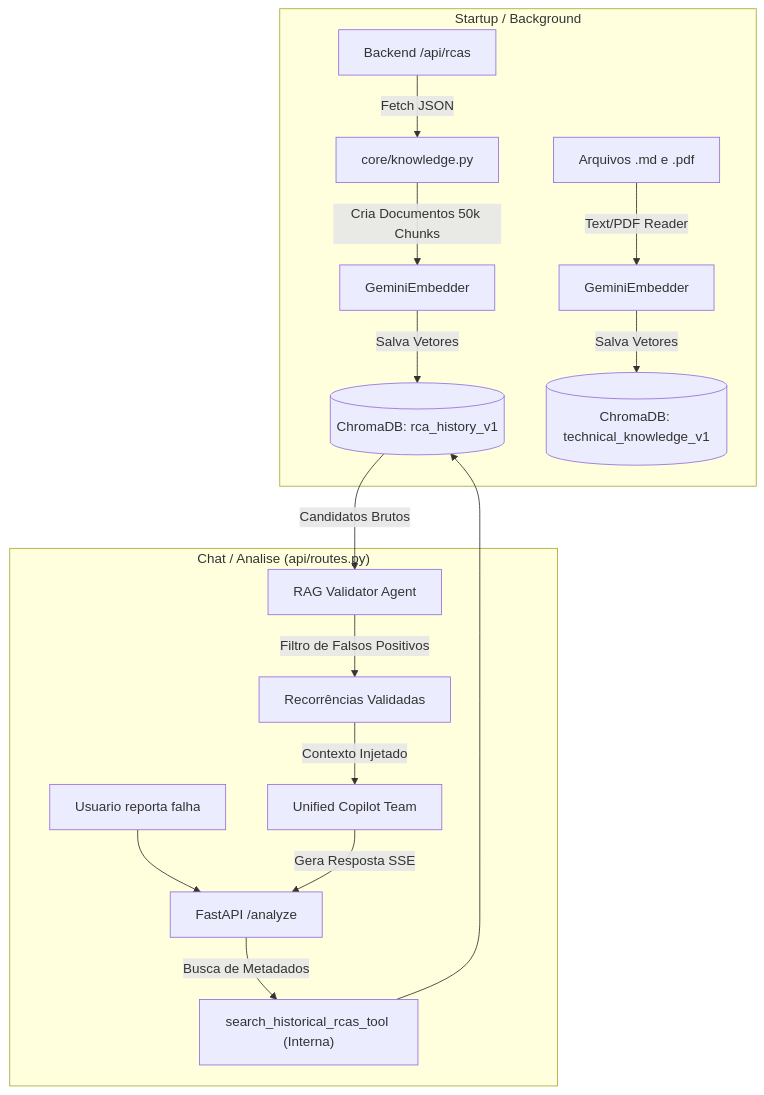
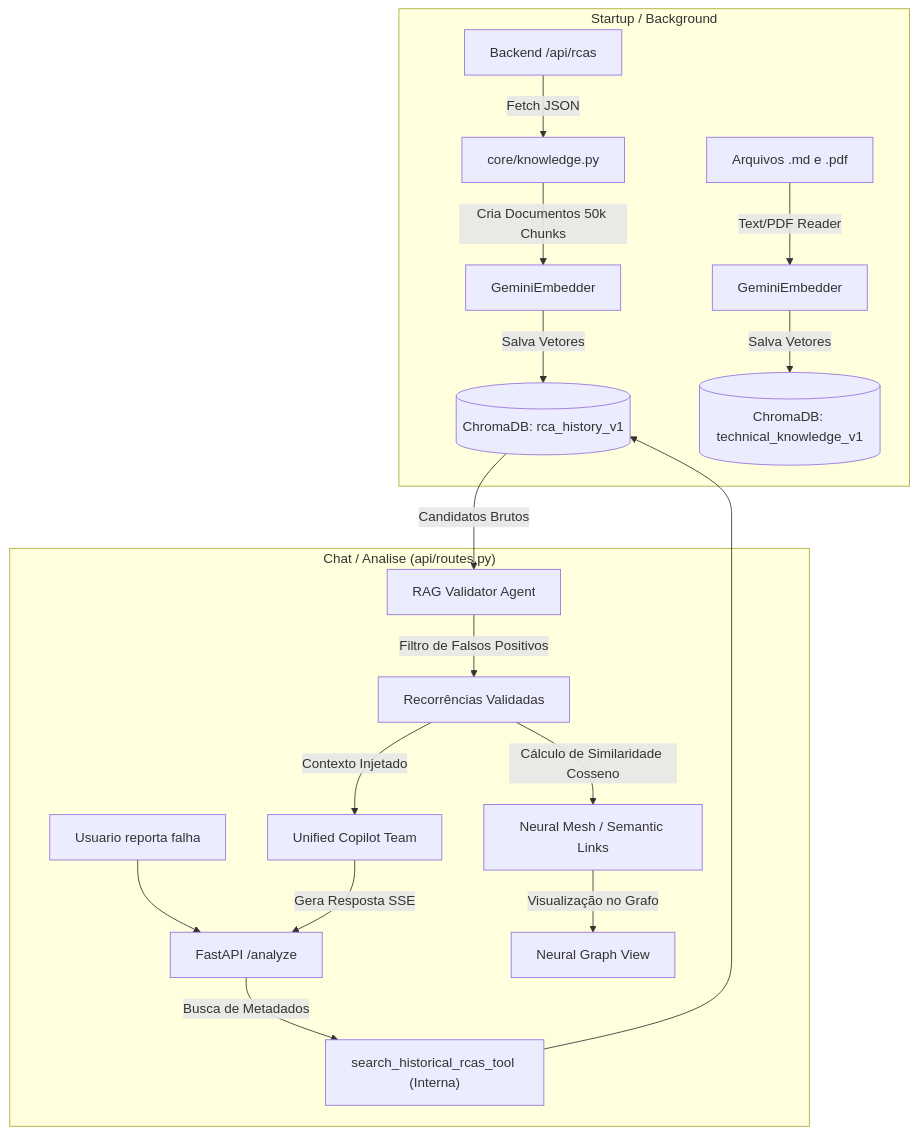
One commit to GuimaraesL/RCA-System changed the first of 2 diagrams in docs/ai/rag_pipeline.md. Above: the diagram before and after it, drawn with Mermaid. The commit also changed other lines of this file and 33 other files, not shown here.

````diff
--- a/docs/ai/rag_pipeline.md
+++ b/docs/ai/rag_pipeline.md
@@ -11,23 +11,26 @@
 ```mermaid
 graph TD
     subgraph Sincronizacao ["Startup / Background"]
         B[Backend /api/rcas] -- Fetch JSON --> E[core/knowledge.py]
         E -- Cria Documentos 50k Chunks --> EM[GeminiEmbedder]
         EM -- Salva Vetores --> DB[(ChromaDB: rca_history_v1)]
         
         MD_PDF[Arquivos .md e .pdf] -- Text/PDF Reader --> EM2[GeminiEmbedder]
         EM2 -- Salva Vetores --> DB2[(ChromaDB: technical_knowledge_v1)]
     end
 
     subgraph Chat_Analise ["Chat / Analise (api/routes.py)"]
         U[Usuario reporta falha] --> API[FastAPI /analyze]
         API -- Busca de Metadados --> TL["search_historical_rcas_tool (Interna)"]
         TL --> DB
         
         DB -- Candidatos Brutos --> RV[RAG Validator Agent]
         RV -- Filtro de Falsos Positivos --> V[Recorrências Validadas]
         
+        V -- Cálculo de Similaridade Cosseno --> NM[Neural Mesh / Semantic Links]
+        NM -- Visualização no Grafo --> G[Neural Graph View]
+        
         V -- Contexto Injetado --> LLM[Unified Copilot Team]
         LLM -- Gera Resposta SSE --> API
     end
 ```
````
